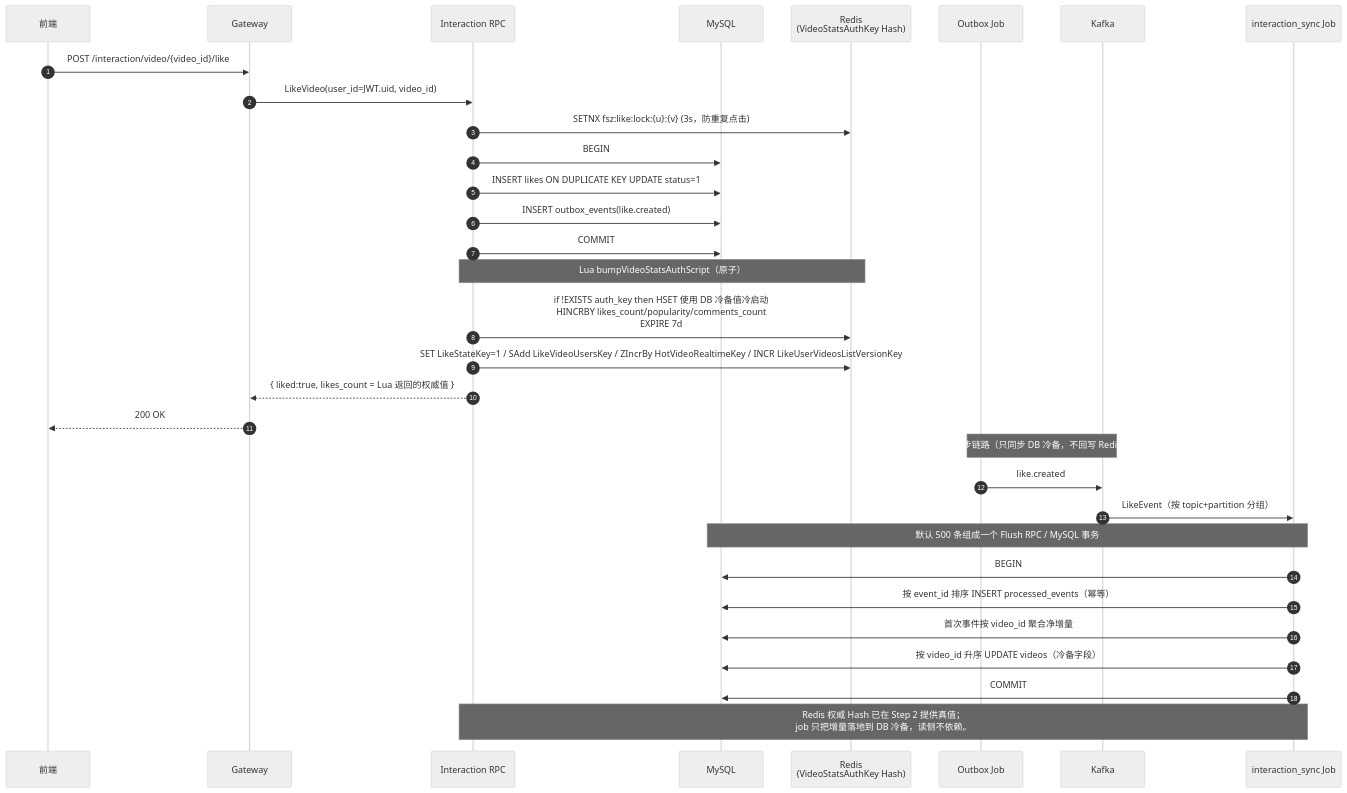
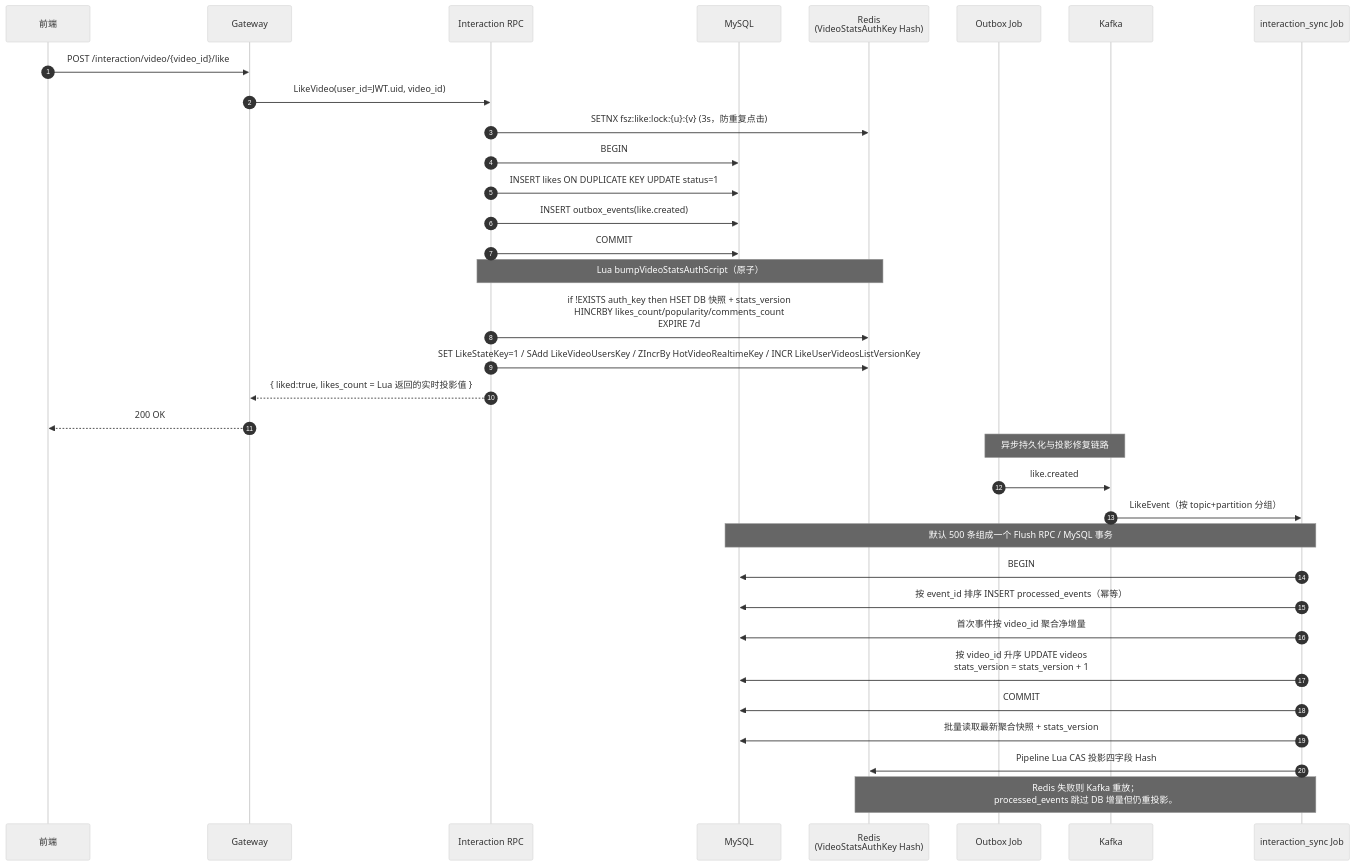
Before and after one commit to Redeemz473/feedsystem-zero: diagram 12 of 24 in docs/PROJECT_OVERVIEW.md, drawn with Mermaid (neutral theme). The commit also changed other lines of this file and 38 other files, not shown here.

````diff
--- a/docs/PROJECT_OVERVIEW.md
+++ b/docs/PROJECT_OVERVIEW.md
@@ -2176,39 +2167,40 @@
 ```mermaid
 sequenceDiagram
     autonumber
     participant U as 前端
     participant G as Gateway
     participant I as Interaction RPC
     participant DB as MySQL
     participant R as Redis<br/>(VideoStatsAuthKey Hash)
     participant OB as Outbox Job
     participant K as Kafka
     participant IS as interaction_sync Job
 
     U->>G: POST /interaction/video/{video_id}/like
     G->>I: LikeVideo(user_id=JWT.uid, video_id)
     I->>R: SETNX fsz:like:lock:{u}:{v}  (3s，防重复点击)
     I->>DB: BEGIN
     I->>DB: INSERT likes ON DUPLICATE KEY UPDATE status=1
     I->>DB: INSERT outbox_events(like.created)
     I->>DB: COMMIT
 
     Note over I,R: Lua bumpVideoStatsAuthScript（原子）
-    I->>R: if !EXISTS auth_key then HSET 使用 DB 冷备值冷启动<br/>HINCRBY likes_count/popularity/comments_count<br/>EXPIRE 7d
+    I->>R: if !EXISTS auth_key then HSET DB 快照 + stats_version<br/>HINCRBY likes_count/popularity/comments_count<br/>EXPIRE 7d
     I->>R: SET LikeStateKey=1 / SAdd LikeVideoUsersKey / ZIncrBy HotVideoRealtimeKey / INCR LikeUserVideosListVersionKey
-    I-->>G: { liked:true, likes_count = Lua 返回的权威值 }
+    I-->>G: { liked:true, likes_count = Lua 返回的实时投影值 }
     G-->>U: 200 OK
 
-    Note over OB,K: 异步链路（只同步 DB 冷备，不回写 Redis）
+    Note over OB,K: 异步持久化与投影修复链路
     OB->>K: like.created
     K->>IS: LikeEvent（按 topic+partition 分组）
 
     Note over IS,DB: 默认 500 条组成一个 Flush RPC / MySQL 事务
     IS->>DB: BEGIN
     IS->>DB: 按 event_id 排序 INSERT processed_events（幂等）
     IS->>DB: 首次事件按 video_id 聚合净增量
-    IS->>DB: 按 video_id 升序 UPDATE videos（冷备字段）
+    IS->>DB: 按 video_id 升序 UPDATE videos<br/>stats_version = stats_version + 1
     IS->>DB: COMMIT
-
-    Note over I,IS: Redis 权威 Hash 已在 Step 2 提供真值；<br/>job 只把增量落地到 DB 冷备，读侧不依赖。
+    IS->>DB: 批量读取最新聚合快照 + stats_version
+    IS->>R: Pipeline Lua CAS 投影四字段 Hash
+    Note over IS,R: Redis 失败则 Kafka 重放；<br/>processed_events 跳过 DB 增量但仍重投影。
 ```
````
